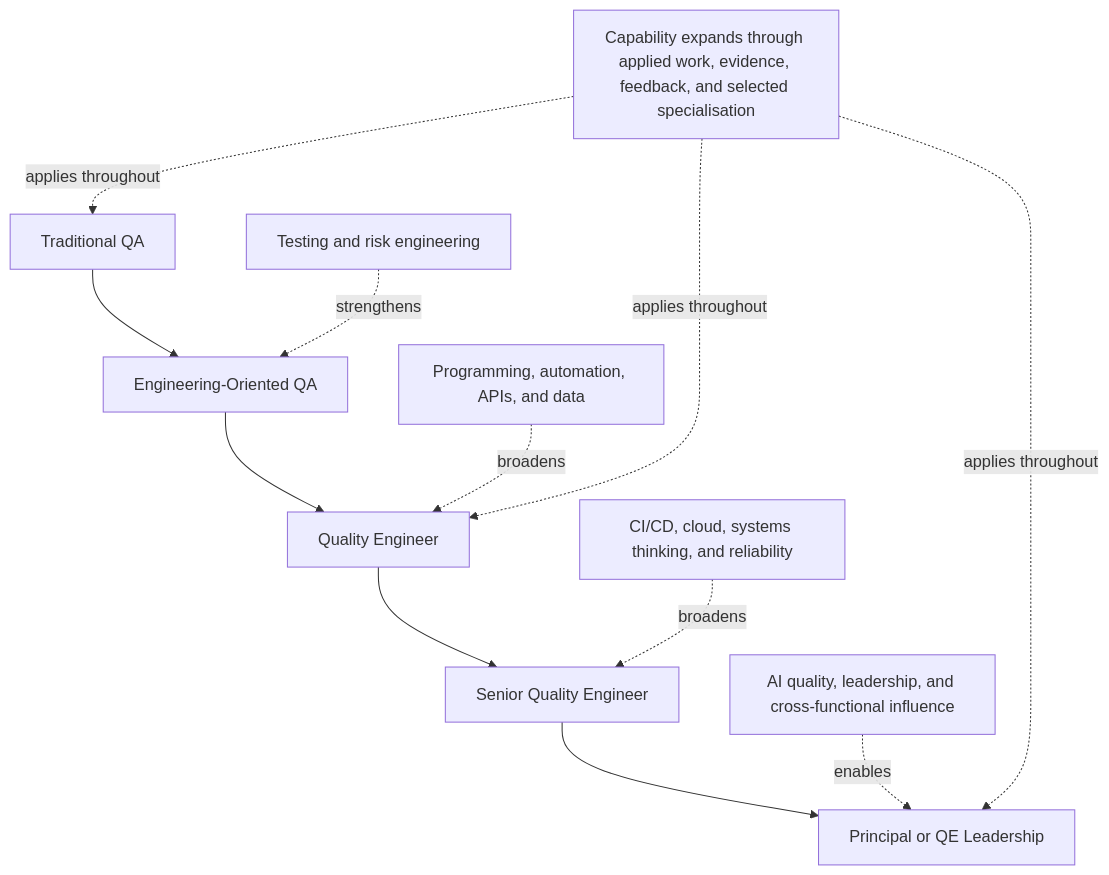
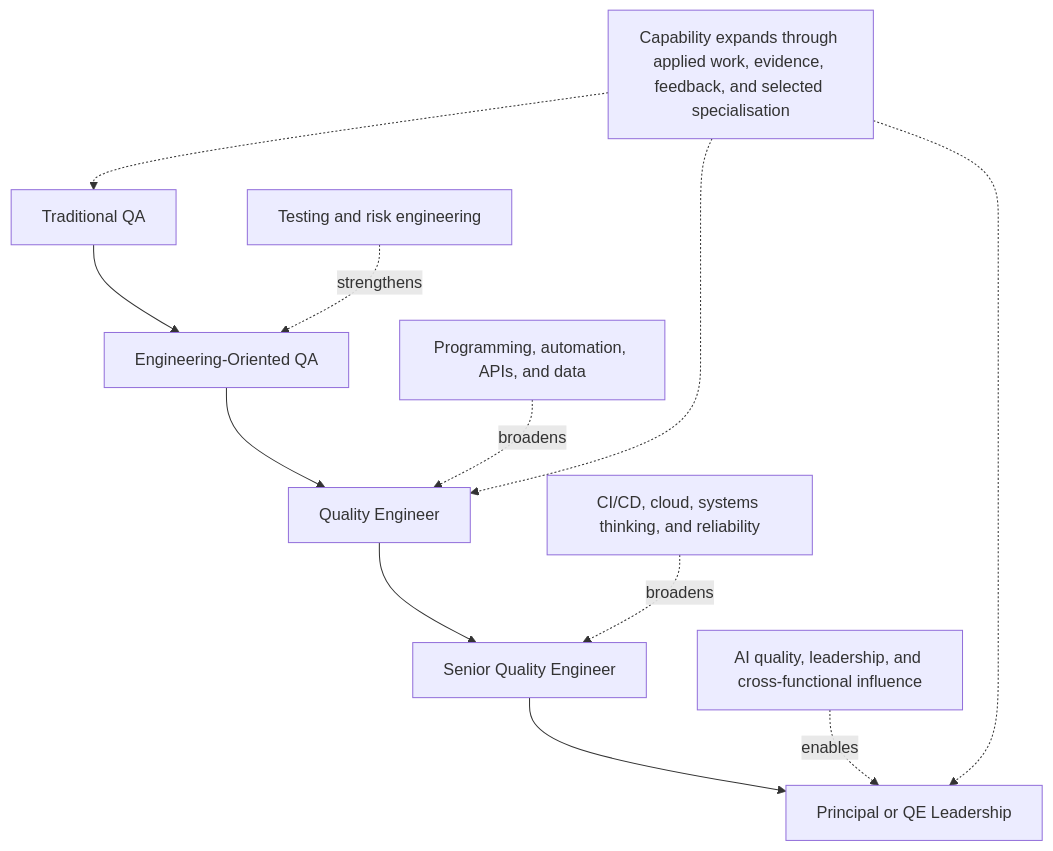
Before and after one commit to Tunde-Babs/Modern-Software-Quality-Engineering: the diagram in diagrams/qa-to-qe-transition-journey.md, drawn with Mermaid. The commit also changed other lines of this file and 11 other files, not shown here.

````diff
--- a/diagrams/qa-to-qe-transition-journey.md
+++ b/diagrams/qa-to-qe-transition-journey.md
@@ -36,24 +36,24 @@
 ```mermaid
 flowchart TB
     Traditional[Traditional QA]
     Oriented[Engineering-Oriented QA]
     QE[Quality Engineer]
     Senior[Senior Quality Engineer]
     Principal[Principal or QE Leadership]
 
     Traditional --> Oriented --> QE --> Senior --> Principal
 
     Testing[Testing and risk engineering]
     Engineering[Programming, automation, APIs, and data]
     Delivery[CI/CD, cloud, systems thinking, and reliability]
     Influence[AI quality, leadership, and cross-functional influence]
     Growth[Capability expands through applied work, evidence, feedback, and selected specialisation]
 
     Testing -. strengthens .-> Oriented
     Engineering -. broadens .-> QE
     Delivery -. broadens .-> Senior
     Influence -. enables .-> Principal
-    Growth -. applies throughout .-> Traditional
-    Growth -. applies throughout .-> QE
-    Growth -. applies throughout .-> Principal
+    Growth -.-> Traditional
+    Growth -.-> QE
+    Growth -.-> Principal
 ```
````
